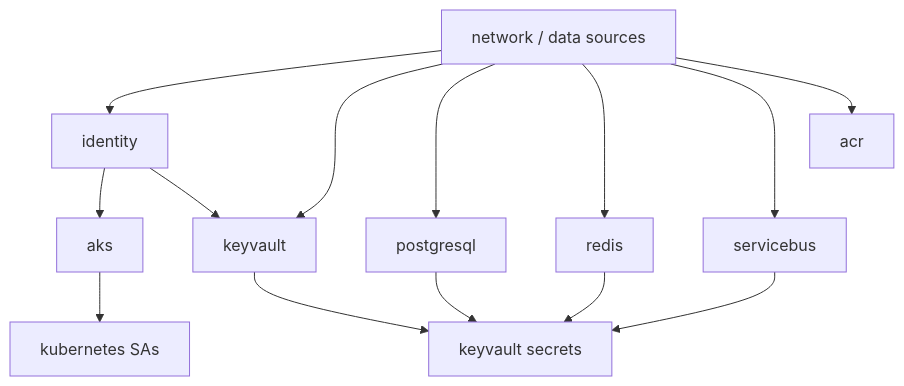
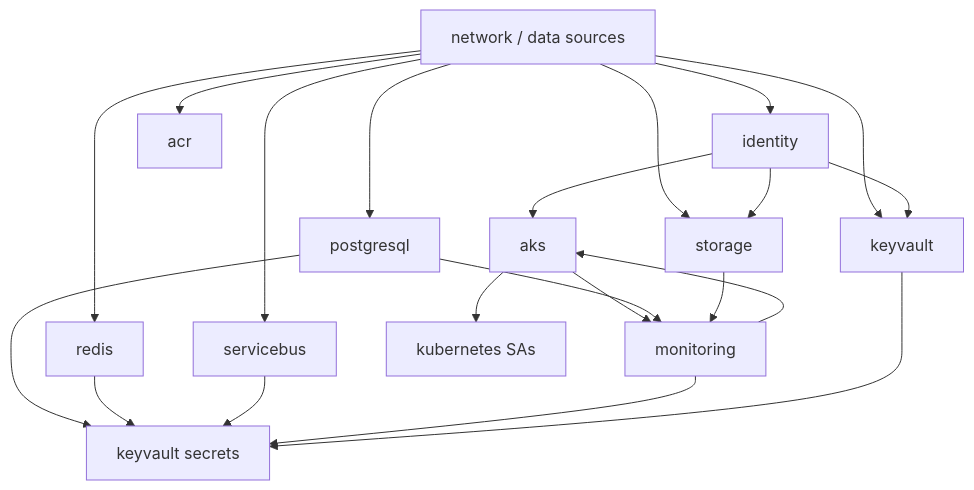
The diagram in infra/terraform/README.md (LeoM0303/Shopppulse_SS), drawn with Mermaid before and after one commit. The commit also changed other lines of this file and 46 other files, not shown here.

````diff
--- a/infra/terraform/README.md
+++ b/infra/terraform/README.md
@@ -123,26 +132,35 @@
 ```mermaid
 flowchart TD
   network[network / data sources]
   identity[identity]
   keyvault[keyvault]
   postgresql[postgresql]
   redis[redis]
   servicebus[servicebus]
   acr[acr]
   aks[aks]
+  monitoring[monitoring]
+  storage[storage]
   secrets[keyvault secrets]
 
   network --> identity
   network --> keyvault
   network --> postgresql
   network --> redis
   network --> servicebus
   network --> acr
+  network --> storage
   identity --> aks
   identity --> keyvault
+  identity --> storage
+  monitoring --> aks
+  aks --> monitoring
+  postgresql --> monitoring
+  storage --> monitoring
   postgresql --> secrets
   redis --> secrets
   servicebus --> secrets
+  monitoring --> secrets
   keyvault --> secrets
   aks --> k8s[kubernetes SAs]
 ```
````
